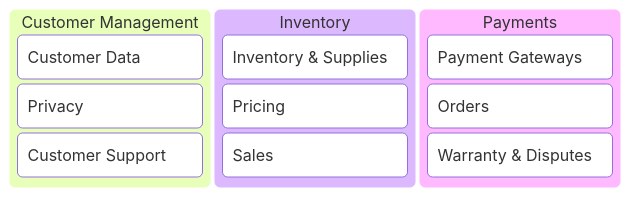
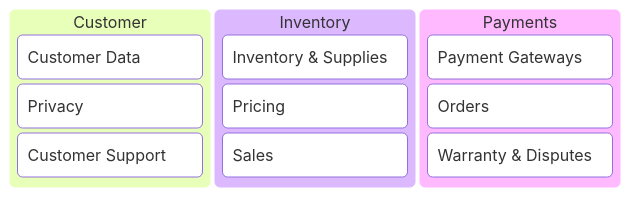
Before and after one commit to hoangbv15/my-notes: the first of 12 diagrams in software-dev/DDD.md, drawn with Mermaid. The commit also changed other lines of this file, not shown here.

````diff
--- a/software-dev/DDD.md
+++ b/software-dev/DDD.md
@@ -23,15 +23,15 @@
 ```mermaid
 kanban
-  [Customer Management]
+  [Customer]
     [Customer Data]
     [Privacy]
     [Customer Support]
   [Inventory]
     [Inventory & Supplies]
     [Pricing]
     [Sales]
   [Payments]
     [Payment Gateways]
     [Orders]
     [Warranty & Disputes]
 ```
````
